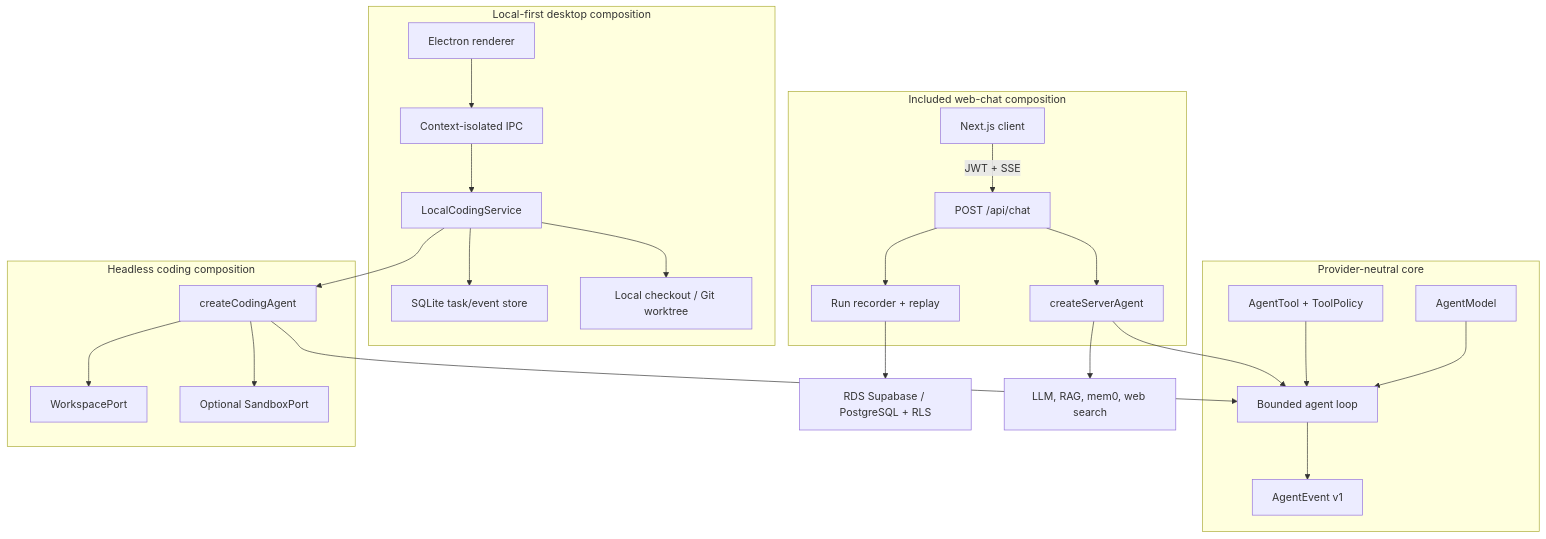
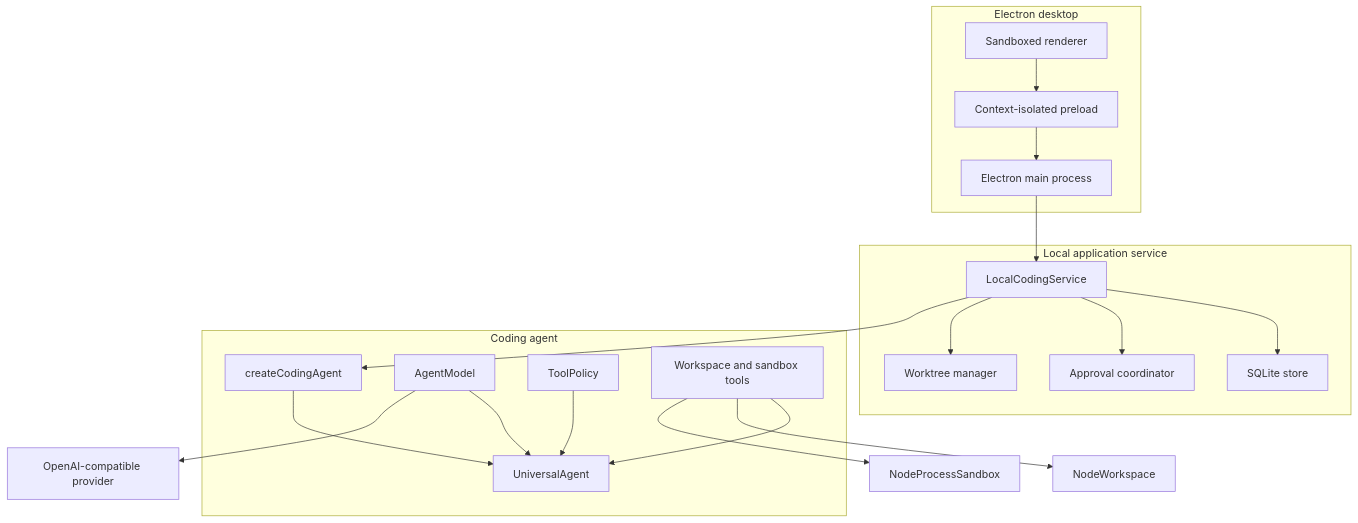
Before and after one commit to Whiskeyi/brace: the first of 2 diagrams in docs/architecture.md, drawn with Mermaid. The commit also changed other lines of this file and 98 other files, not shown here.

````diff
--- a/docs/architecture.md
+++ b/docs/architecture.md
@@ -7,47 +7,37 @@
 ```mermaid
 flowchart TB
-  subgraph Core["Provider-neutral core"]
-    Runtime["Bounded agent loop"]
-    ModelPort["AgentModel"]
-    ToolPort["AgentTool + ToolPolicy"]
-    Protocol["AgentEvent v1"]
-    ModelPort --> Runtime
-    ToolPort --> Runtime
-    Runtime --> Protocol
+  subgraph Desktop["Electron desktop"]
+    Renderer["Sandboxed renderer"]
+    Preload["Context-isolated preload"]
+    Main["Electron main process"]
+    Renderer --> Preload --> Main
   end
 
-  subgraph Coding["Headless coding composition"]
-    CodingRoot["createCodingAgent"]
-    WorkspacePort["WorkspacePort"]
-    SandboxPort["Optional SandboxPort"]
-    CodingRoot --> WorkspacePort
-    CodingRoot --> SandboxPort
+  subgraph Local["Local application service"]
+    Service["LocalCodingService"]
+    Store["SQLite store"]
+    Approvals["Approval coordinator"]
+    Worktrees["Worktree manager"]
+    Service --> Store
+    Service --> Approvals
+    Service --> Worktrees
   end
 
-  subgraph Desktop["Local-first desktop composition"]
-    Renderer["Electron renderer"]
-    IPC["Context-isolated IPC"]
-    LocalService["LocalCodingService"]
-    LocalDB["SQLite task/event store"]
-    Worktrees["Local checkout / Git worktree"]
-    Renderer --> IPC --> LocalService
-    LocalService --> LocalDB
-    LocalService --> Worktrees
+  subgraph Core["Coding agent"]
+    Composition["createCodingAgent"]
+    Runtime["UniversalAgent"]
+    Model["AgentModel"]
+    Policy["ToolPolicy"]
+    Tools["Workspace and sandbox tools"]
+    Composition --> Runtime
+    Model --> Runtime
+    Policy --> Runtime
+    Tools --> Runtime
   end
 
-  subgraph Web["Included web-chat composition"]
-    Browser["Next.js client"]
-    ChatAPI["POST /api/chat"]
-    ServerRoot["createServerAgent"]
-    Recorder["Run recorder + replay"]
-    Browser -->|"JWT + SSE"| ChatAPI
-    ChatAPI --> ServerRoot
-    ChatAPI --> Recorder
-  end
-
-  CodingRoot --> Runtime
-  LocalService --> CodingRoot
-  ServerRoot --> Runtime
-  Recorder --> Supabase["RDS Supabase / PostgreSQL + RLS"]
-  ServerRoot --> External["LLM, RAG, mem0, web search"]
+  Main --> Service
+  Service --> Composition
+  Tools --> Workspace["NodeWorkspace"]
+  Tools --> Sandbox["NodeProcessSandbox"]
+  Model --> Provider["OpenAI-compatible provider"]
 ```
````
